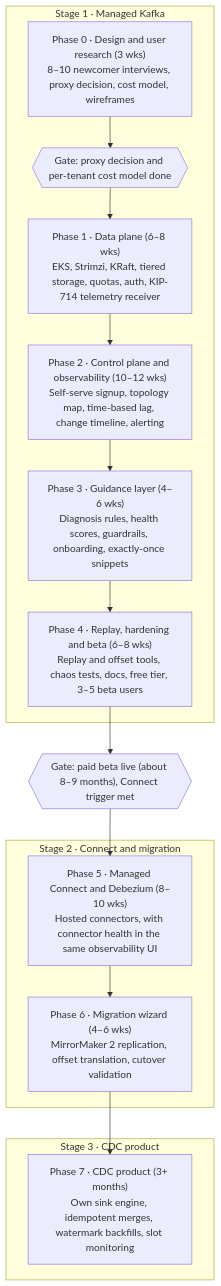
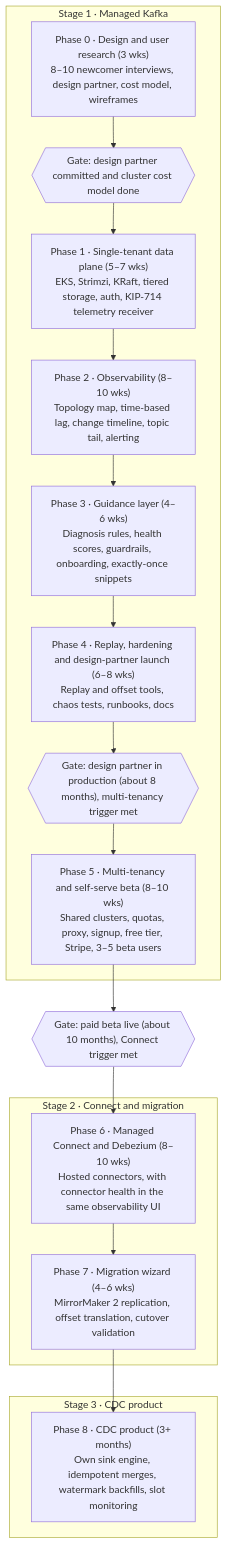
The second of 2 diagrams in docs/PROJECT_PLAN.md (ReneP92/changeport), drawn with Mermaid before and after one commit. The commit also changed other lines of this file and 1 other file, not shown here.

Commit message:
Start with a single-tenant Kafka cluster for a design partner

````diff
--- a/docs/PROJECT_PLAN.md
+++ b/docs/PROJECT_PLAN.md
@@ -133,24 +136,26 @@
 ```mermaid
 flowchart TB
   subgraph S1["Stage 1 · Managed Kafka"]
-    P0["Phase 0 · Design and user research (3 wks)<br/>8–10 newcomer interviews, proxy decision, cost model, wireframes"]
-    GA{{"Gate: proxy decision and per-tenant cost model done"}}
-    P1["Phase 1 · Data plane (6–8 wks)<br/>EKS, Strimzi, KRaft, tiered storage, quotas, auth, KIP-714 telemetry receiver"]
-    P2["Phase 2 · Control plane and observability (10–12 wks)<br/>Self-serve signup, topology map, time-based lag, change timeline, alerting"]
+    P0["Phase 0 · Design and user research (3 wks)<br/>8–10 newcomer interviews, design partner, cost model, wireframes"]
+    GA{{"Gate: design partner committed and cluster cost model done"}}
+    P1["Phase 1 · Single-tenant data plane (5–7 wks)<br/>EKS, Strimzi, KRaft, tiered storage, auth, KIP-714 telemetry receiver"]
+    P2["Phase 2 · Observability (8–10 wks)<br/>Topology map, time-based lag, change timeline, topic tail, alerting"]
     P3["Phase 3 · Guidance layer (4–6 wks)<br/>Diagnosis rules, health scores, guardrails, onboarding, exactly-once snippets"]
-    P4["Phase 4 · Replay, hardening and beta (6–8 wks)<br/>Replay and offset tools, chaos tests, docs, free tier, 3–5 beta users"]
+    P4["Phase 4 · Replay, hardening and design-partner launch (6–8 wks)<br/>Replay and offset tools, chaos tests, runbooks, docs"]
+    GB{{"Gate: design partner in production (about 8 months), multi-tenancy trigger met"}}
+    P5["Phase 5 · Multi-tenancy and self-serve beta (8–10 wks)<br/>Shared clusters, quotas, proxy, signup, free tier, Stripe, 3–5 beta users"]
   end
 
-  GB{{"Gate: paid beta live (about 8–9 months), Connect trigger met"}}
+  GC{{"Gate: paid beta live (about 10 months), Connect trigger met"}}
 
   subgraph S2["Stage 2 · Connect and migration"]
-    P5["Phase 5 · Managed Connect and Debezium (8–10 wks)<br/>Hosted connectors, with connector health in the same observability UI"]
-    P6["Phase 6 · Migration wizard (4–6 wks)<br/>MirrorMaker 2 replication, offset translation, cutover validation"]
+    P6["Phase 6 · Managed Connect and Debezium (8–10 wks)<br/>Hosted connectors, with connector health in the same observability UI"]
+    P7["Phase 7 · Migration wizard (4–6 wks)<br/>MirrorMaker 2 replication, offset translation, cutover validation"]
   end
 
   subgraph S3["Stage 3 · CDC product"]
-    P7["Phase 7 · CDC product (3+ months)<br/>Own sink engine, idempotent merges, watermark backfills, slot monitoring"]
+    P8["Phase 8 · CDC product (3+ months)<br/>Own sink engine, idempotent merges, watermark backfills, slot monitoring"]
   end
 
-  P0 --> GA --> P1 --> P2 --> P3 --> P4 --> GB --> P5 --> P6 --> P7
+  P0 --> GA --> P1 --> P2 --> P3 --> P4 --> GB --> P5 --> GC --> P6 --> P7 --> P8
 ```
````
